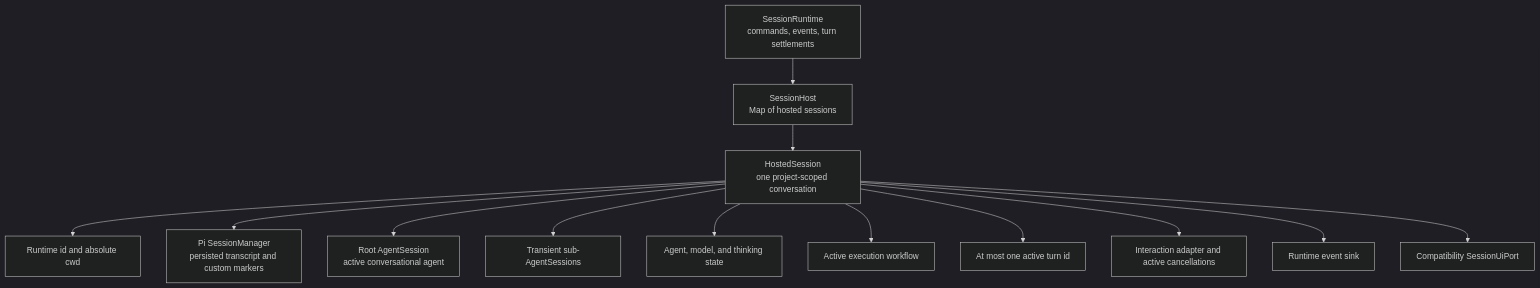
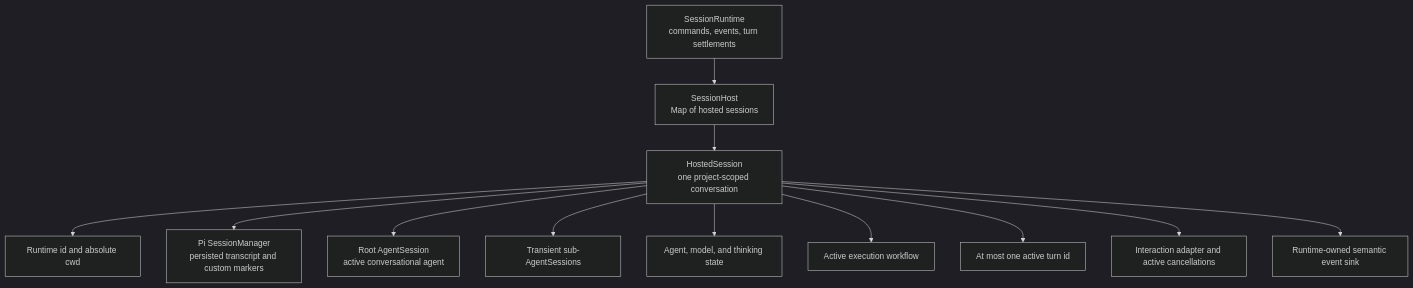
One commit to gandazgul/runwield changed the seventh of 13 diagrams in architecture.md. Above: the diagram before and after it, drawn with Mermaid (dark theme). The commit also changed other lines of this file and 115 other files, not shown here.

First line of the commit message:
Hide session internals behind Runtime

````diff
--- a/architecture.md
+++ b/architecture.md
@@ -116,20 +328,19 @@
 ```mermaid
 flowchart TB
     Runtime["SessionRuntime\ncommands, events, turn settlements"]
     Host["SessionHost\nMap of hosted sessions"]
     Hosted["HostedSession\none project-scoped conversation"]
 
     Runtime --> Host
     Host --> Hosted
 
     Hosted --> Identity["Runtime id and absolute cwd"]
     Hosted --> Manager["Pi SessionManager\npersisted transcript and custom markers"]
     Hosted --> Root["Root AgentSession\nactive conversational agent"]
     Hosted --> Subs["Transient sub-AgentSessions"]
     Hosted --> AgentState["Agent, model, and thinking state"]
     Hosted --> WorkflowState["Active execution workflow"]
     Hosted --> Turn["At most one active turn id"]
     Hosted --> Interactions["Interaction adapter and active cancellations"]
-    Hosted --> Events["Runtime event sink"]
-    Hosted --> CompatUI["Compatibility SessionUiPort"]
+    Hosted --> Events["Runtime-owned semantic event sink"]
 ```
````
